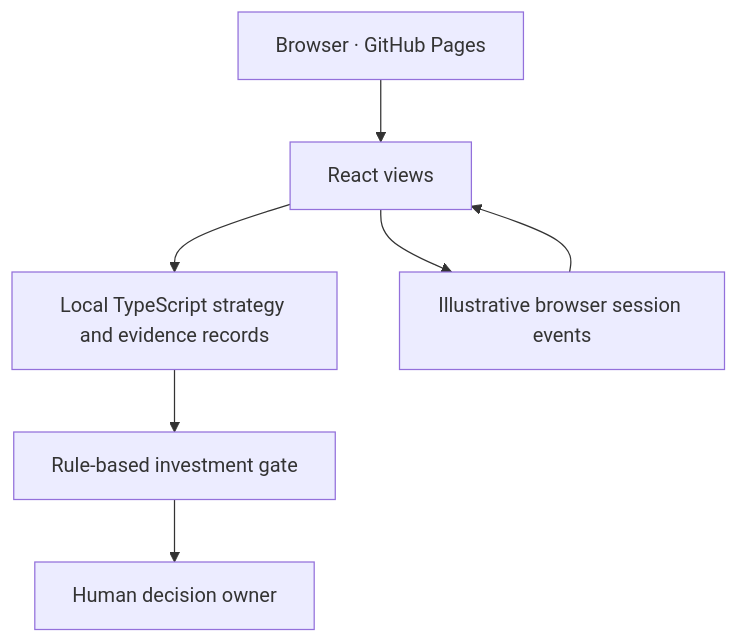
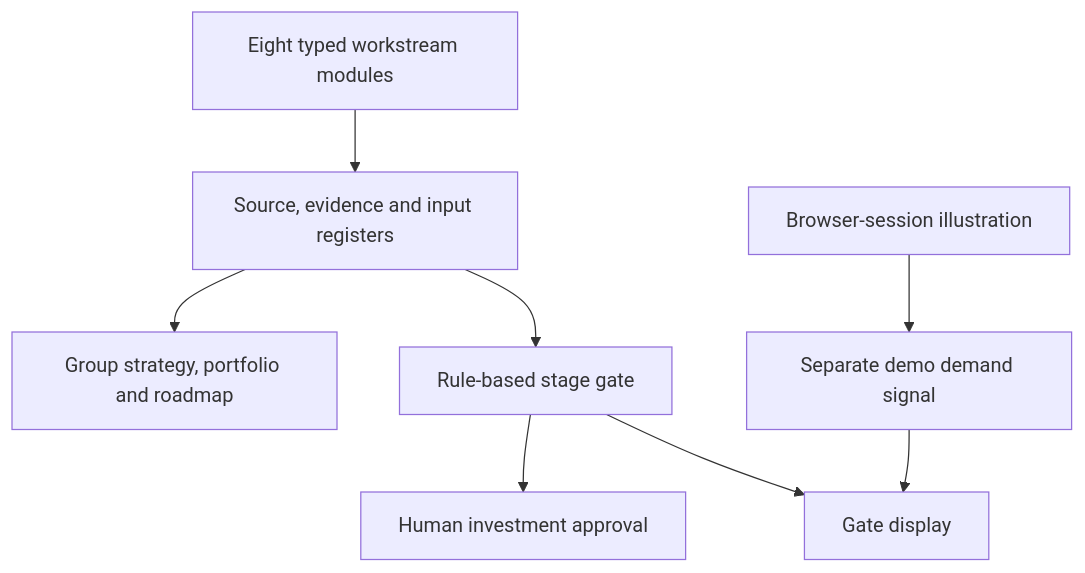
Before and after one commit to QueenKM/ip-transition-strategy: the second of 2 diagrams in README.md, drawn with Mermaid. The commit also changed other lines of this file and 21 other files, not shown here.

````diff
--- a/README.md
+++ b/README.md
@@ -144,9 +110,10 @@
 ```mermaid
 flowchart TD
-    Browser["Browser · GitHub Pages"] --> Views["React views"]
-    Views --> Model["Local TypeScript strategy and evidence records"]
-    Model --> Rules["Rule-based investment gate"]
-    Rules --> Human["Human decision owner"]
-    Views --> Session["Illustrative browser session events"]
-    Session --> Views
+  A["Eight typed workstream modules"] --> B["Source, evidence and input registers"]
+  B --> C["Group strategy, portfolio and roadmap"]
+  B --> D["Rule-based stage gate"]
+  D --> E["Human investment approval"]
+  F["Browser-session illustration"] --> G["Separate demo demand signal"]
+  G --> H["Gate display"]
+  D --> H
 ```
````
